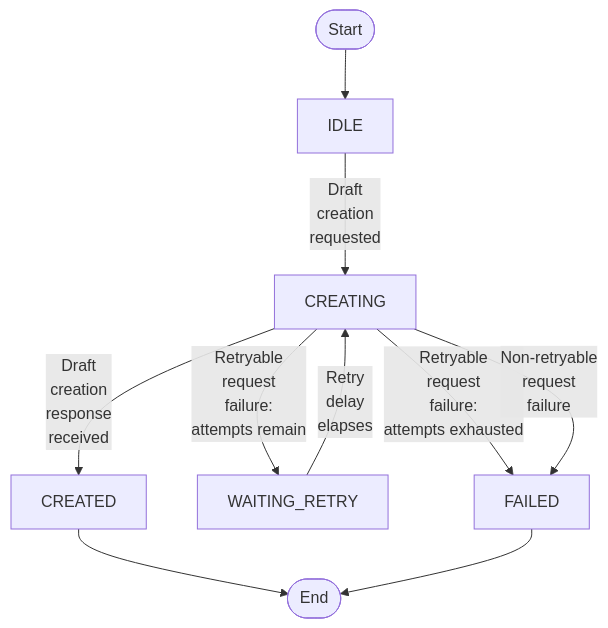
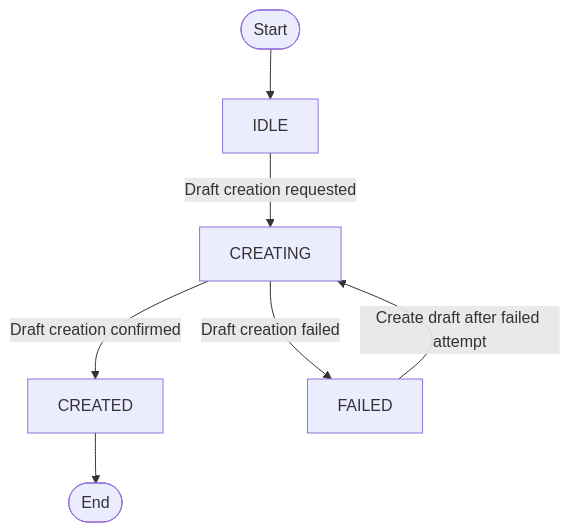
The second of 9 diagrams in docs/WEB_CLIENT_ARCHITECTURE.md (oleksiy-sayankin/mdds), drawn with Mermaid before and after one commit. The commit also changed other lines of this file, not shown here.

````diff
--- a/docs/WEB_CLIENT_ARCHITECTURE.md
+++ b/docs/WEB_CLIENT_ARCHITECTURE.md
@@ -294,17 +289,13 @@
 ```mermaid
 flowchart TD
   START([Start]) --> IDLE
 
-  IDLE -->|Draft<br> creation<br> requested| CREATING
+  IDLE -->|Draft creation requested| CREATING
 
-  CREATING -->|Draft<br> creation<br> response<br> received| CREATED
+  CREATING -->|Draft creation confirmed| CREATED
+  CREATING -->|Draft creation failed| FAILED
 
-  CREATING -->|Retryable<br> request<br> failure:<br> attempts remain| WAITING_RETRY
-  WAITING_RETRY -->|Retry<br> delay<br> elapses| CREATING
-
-  CREATING -->|Retryable<br> request<br> failure:<br> attempts exhausted| FAILED
-  CREATING -->|Non-retryable<br> request<br> failure| FAILED
+  FAILED --> |Create draft after failed attempt| CREATING
 
   CREATED --> END([End])
-  FAILED --> END
 ```
````
